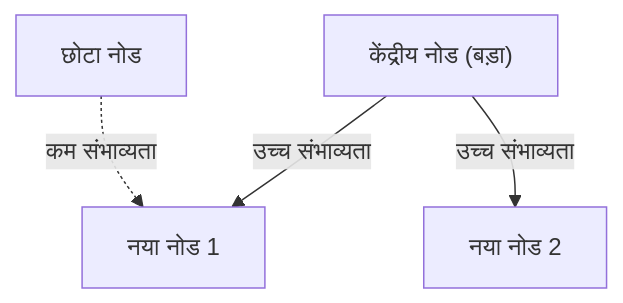
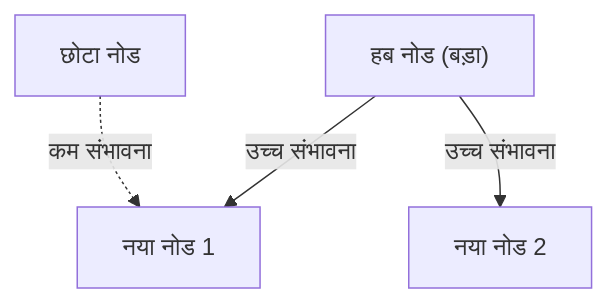
One commit to kenjinote/blog changed the diagram in content/post/zipfs-law/index.hi.md. Above: the diagram before and after it, drawn with Mermaid. The commit also changed other lines of this file and 97 other files, not shown here.

````diff
--- a/content/post/zipfs-law/index.hi.md
+++ b/content/post/zipfs-law/index.hi.md
@@ -115,6 +115,6 @@
 ```mermaid
 graph TD
-  A["केंद्रीय नोड (बड़ा)"] -->|"उच्च संभाव्यता"| B["नया नोड 1"]
-  A -->|"उच्च संभाव्यता"| C["नया नोड 2"]
-  D["छोटा नोड"] -.->|"कम संभाव्यता"| B
+  A["हब नोड (बड़ा)"] -->|"उच्च संभावना"| B["नया नोड 1"]
+  A -->|"उच्च संभावना"| C["नया नोड 2"]
+  D["छोटा नोड"] -.->|"कम संभावना"| B
 ```
````
